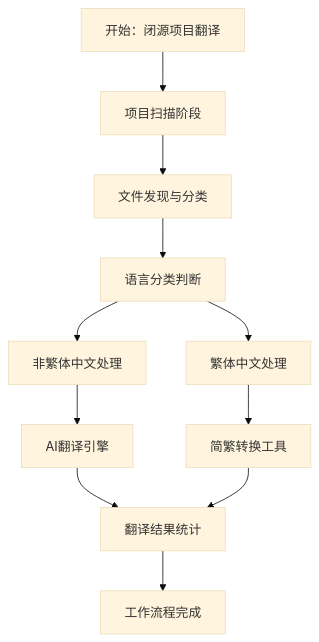
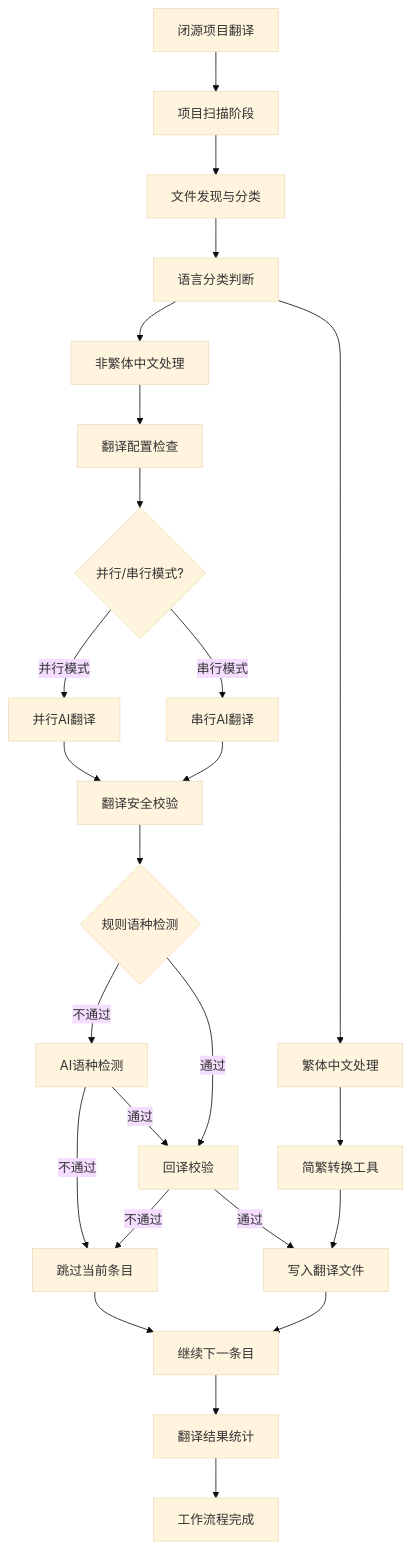
One commit to linuxdeepin/deepin-auto-translation changed the diagram in README.zh_CN.md. Above: the diagram before and after it, drawn with Mermaid (base theme). The commit also changed other lines of this file and 26 other files, not shown here.

````diff
--- a/README.zh_CN.md
+++ b/README.zh_CN.md
@@ -489,13 +523,36 @@
 ```mermaid
 graph TD
-    A[开始：闭源项目翻译] --> B[项目扫描阶段]
+    A[闭源项目翻译] --> B[项目扫描阶段]
     B --> C[文件发现与分类]
     C --> D[语言分类判断]
     D --> E[非繁体中文处理]
     D --> F[繁体中文处理]
-    E --> G[AI翻译引擎]
-    F --> H[简繁转换工具]
-    G --> I[翻译结果统计]
-    H --> I
-    I --> J[工作流程完成]
+    
+    E --> G[翻译配置检查]
+    G --> H{并行/串行模式?}
+    
+    H -->|并行模式| I[并行AI翻译]
+    H -->|串行模式| J[串行AI翻译]
+    
+    I --> K[翻译安全校验]
+    J --> K
+    
+    K --> M{规则语种检测}
+    M -->|不通过| O[AI语种检测]
+    M -->|通过| N[回译校验]
+    
+    O -->|不通过| P[跳过当前条目]
+    O -->|通过| N
+    
+    N -->|不通过| P
+    N -->|通过| Q[写入翻译文件]
+    
+    F --> L[简繁转换工具]
+    L --> Q
+    
+    P --> R[继续下一条目]
+    Q --> R
+    
+    R --> S[翻译结果统计]
+    S --> T[工作流程完成]
 ```
````
